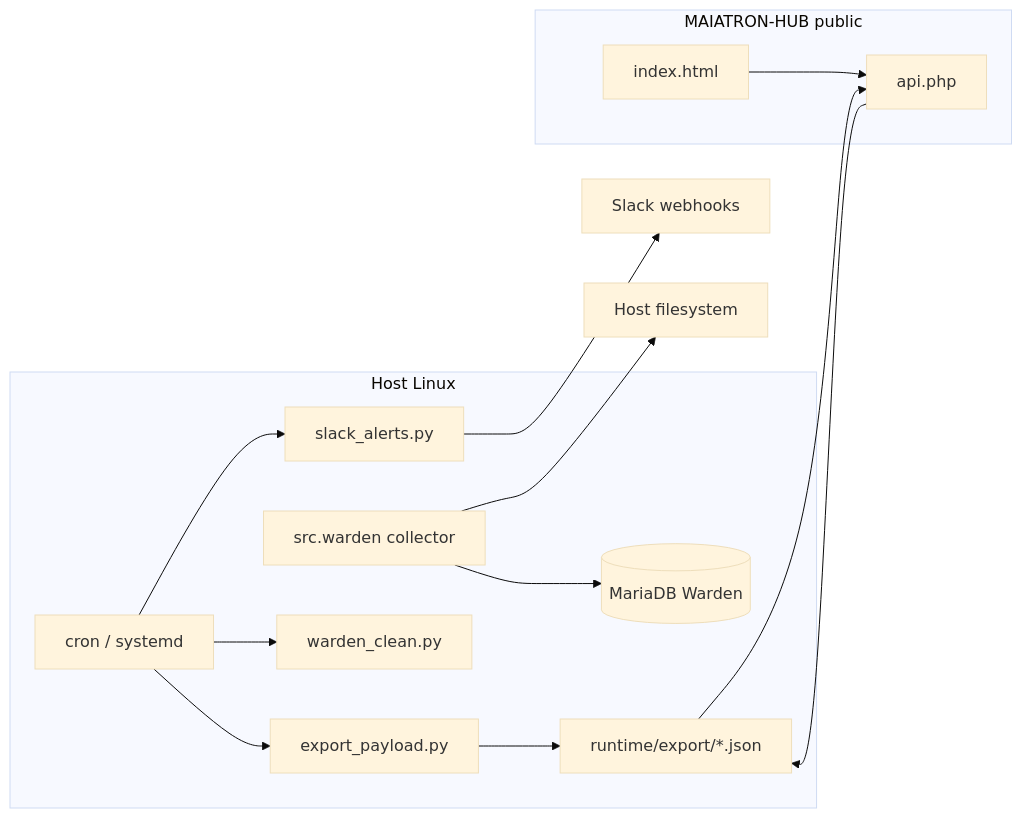
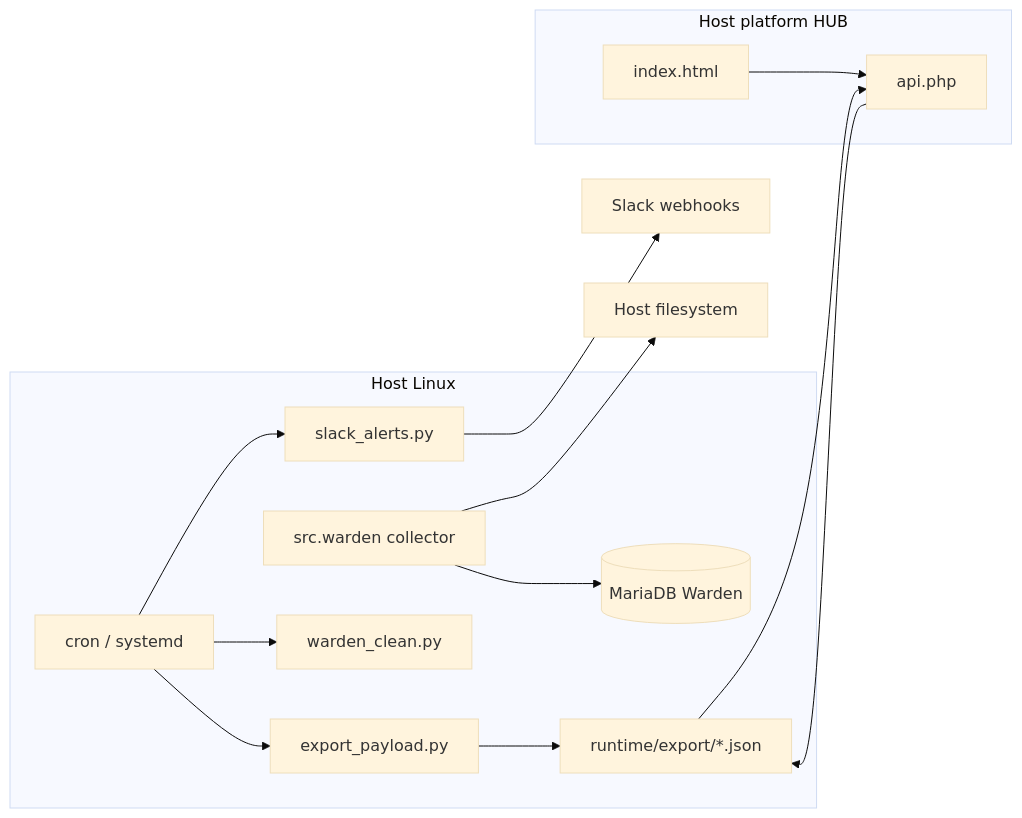
Before and after one commit to emanuwells/Warden: the diagram in README.md, drawn with Mermaid (base theme). The commit also changed other lines of this file and 31 other files, not shown here.

````diff
--- a/README.md
+++ b/README.md
@@ -36,24 +36,24 @@
 ```mermaid
 flowchart LR
   subgraph host [Host Linux]
     warden[src.warden collector]
     cron[cron / systemd]
     export[export_payload.py]
     clean[warden_clean.py]
     slack[slack_alerts.py]
     warden --> dbW[(MariaDB Warden)]
     cron --> export
     cron --> clean
     cron --> slack
     export --> snapshots[runtime/export/*.json]
   end
-  subgraph hub [MAIATRON-HUB public]
+  subgraph frontendConsumer [Host platform HUB]
     api[api.php]
     ui[index.html]
     api --> snapshots
     ui --> api
   end
   snapshots --> api
   slack --> slackExt[Slack webhooks]
   warden --> monitor[Host filesystem]
 ```
````
